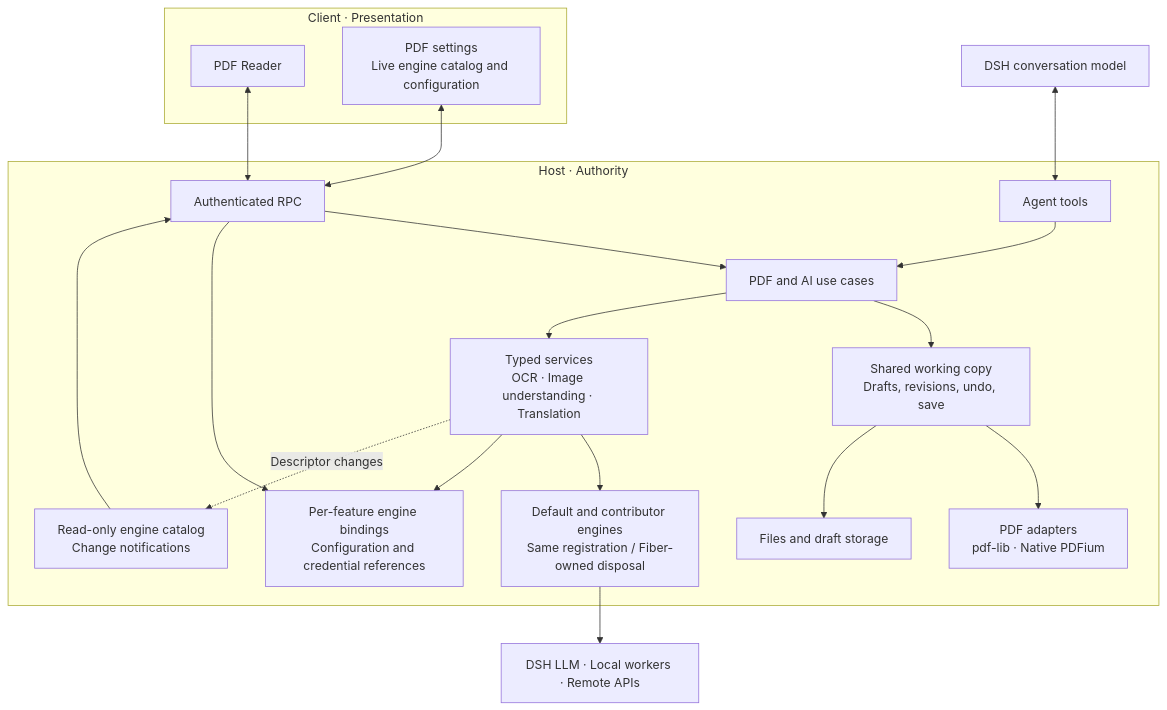
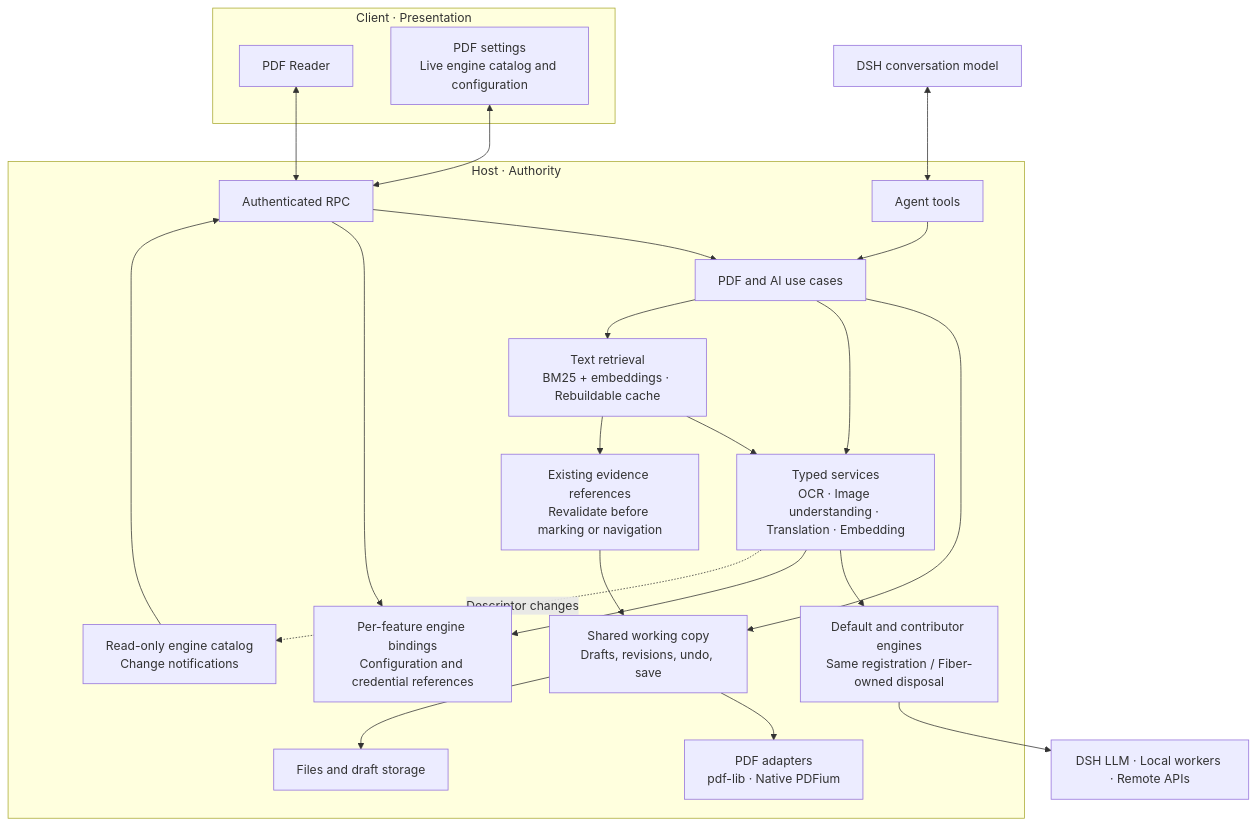
The diagram in README.md (dingyiliao/dsh-bundle-pdf), drawn with Mermaid before and after one commit. The commit also changed other lines of this file and 62 other files, not shown here.

````diff
--- a/README.md
+++ b/README.md
@@ -56,34 +57,40 @@
 ```mermaid
 flowchart TB
   subgraph Client["Client · Presentation"]
     Reader["PDF Reader"]
     Settings["PDF settings<br/>Live engine catalog and configuration"]
   end
   subgraph Host["Host · Authority"]
     RPC["Authenticated RPC"]
     Tools["Agent tools"]
     Features["PDF and AI use cases"]
     Copy["Shared working copy<br/>Drafts, revisions, undo, save"]
-    AI["Typed services<br/>OCR · Image understanding · Translation"]
+    AI["Typed services<br/>OCR · Image understanding · Translation · Embedding"]
+    Retrieval["Text retrieval<br/>BM25 + embeddings · Rebuildable cache"]
+    Evidence["Existing evidence references<br/>Revalidate before marking or navigation"]
     Catalog["Read-only engine catalog<br/>Change notifications"]
     Config["Per-feature engine bindings<br/>Configuration and credential references"]
     Backends["Default and contributor engines<br/>Same registration / Fiber-owned disposal"]
     Native["PDF adapters<br/>pdf-lib · Native PDFium"]
     Files["Files and draft storage"]
     RPC --> Features
     Tools --> Features
     Features --> Copy
     Features --> AI
+    Features --> Retrieval
+    Retrieval --> AI
+    Retrieval --> Evidence
+    Evidence --> Copy
     Copy --> Native
     Copy --> Files
     AI --> Backends
     AI --> Config
     AI -. "Descriptor changes" .-> Catalog
     Catalog --> RPC
     RPC --> Config
   end
   Reader <--> RPC
   Settings <--> RPC
   Model["DSH conversation model"] <--> Tools
   Backends --> Dependencies["DSH LLM · Local workers · Remote APIs"]
 ```
````
